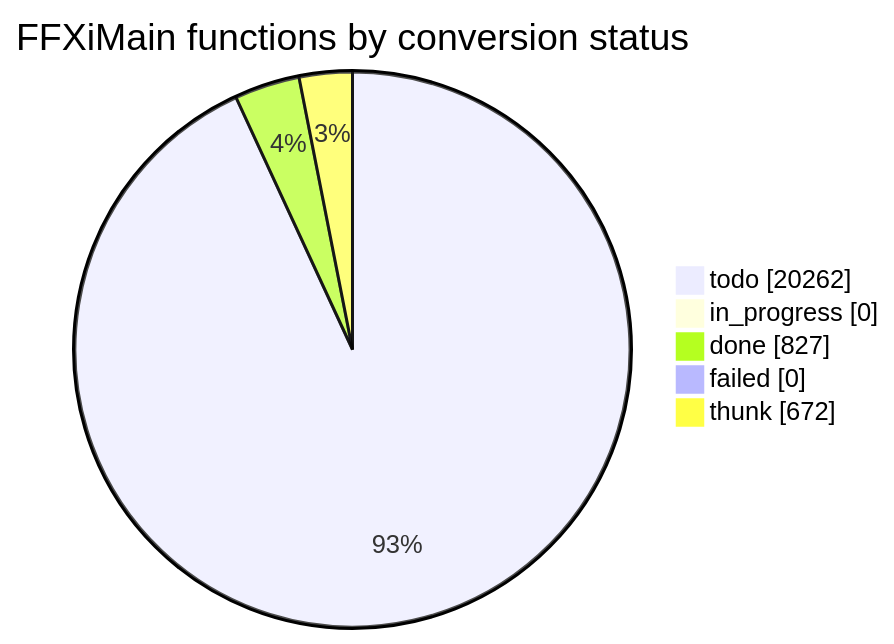
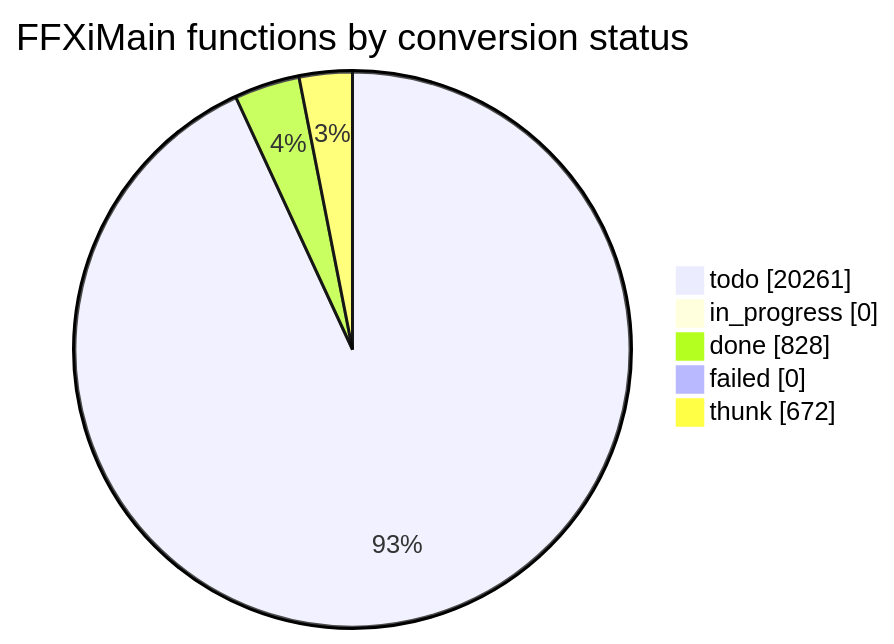
Before and after one commit to cowrevenge/cow_kuluu_xi_anything: the diagram in docs/cow/STATUS.md, drawn with Mermaid. The commit also changed other lines of this file and 9 other files, not shown here.

````diff
--- a/docs/cow/STATUS.md
+++ b/docs/cow/STATUS.md
@@ -18,9 +18,9 @@
 ```mermaid
 pie showData
     title FFXiMain functions by conversion status
-    "todo" : 20262
+    "todo" : 20261
     "in_progress" : 0
-    "done" : 827
+    "done" : 828
     "failed" : 0
     "thunk" : 672
 ```
````
